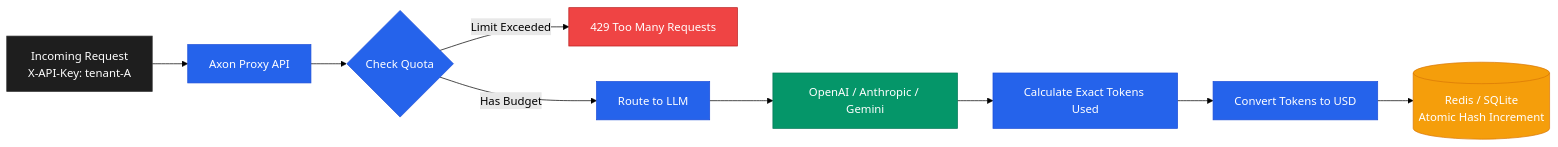
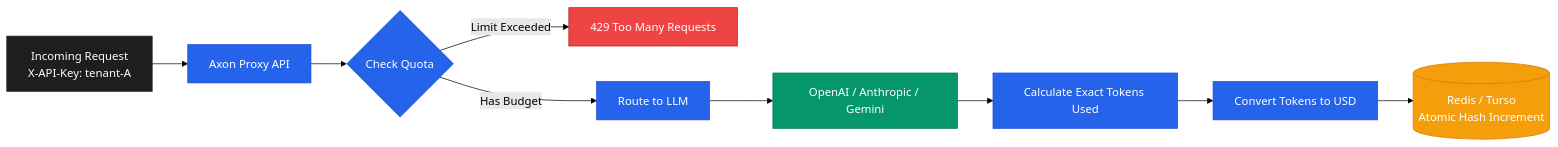
Before and after one commit to chaitanya-sharmaa/axon: the second of 2 diagrams in docs/03-core-concepts.md, drawn with Mermaid (forest theme). The commit also changed other lines of this file and 20 other files, not shown here.

````diff
--- a/docs/03-core-concepts.md
+++ b/docs/03-core-concepts.md
@@ -104,18 +104,18 @@
 ```mermaid
 graph LR
     Req["Incoming Request<br/>X-API-Key: tenant-A"]:::client --> Gateway["Axon Proxy API"]:::axon
     Gateway --> Check{"Check Quota"}:::axon
     Check -->|"Limit Exceeded"| Rej["429 Too Many Requests"]:::error
     Check -->|"Has Budget"| Route["Route to LLM"]:::axon
     
     Route --> LLM["OpenAI / Anthropic / Gemini"]:::llm
     LLM --> Calc["Calculate Exact Tokens Used"]:::axon
     Calc --> Cost["Convert Tokens to USD"]:::axon
-    Cost --> Redis[("Redis / SQLite<br/>Atomic Hash Increment")]:::db
+    Cost --> Redis[("Redis / Turso<br/>Atomic Hash Increment")]:::db
 
     classDef client fill:#1e1e1e,stroke:#333,color:#fff
     classDef axon fill:#2563eb,stroke:#1d4ed8,color:#fff
     classDef error fill:#ef4444,stroke:#b91c1c,color:#fff
     classDef llm fill:#059669,stroke:#047857,color:#fff
     classDef db fill:#f59e0b,stroke:#d97706,color:#fff
 ```
````
